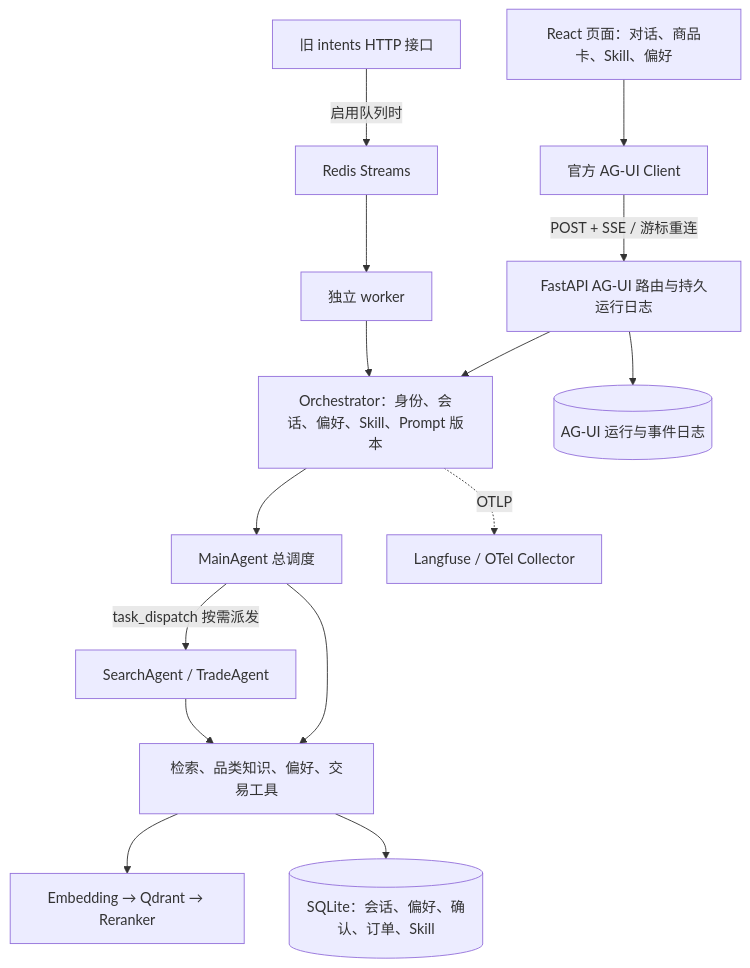
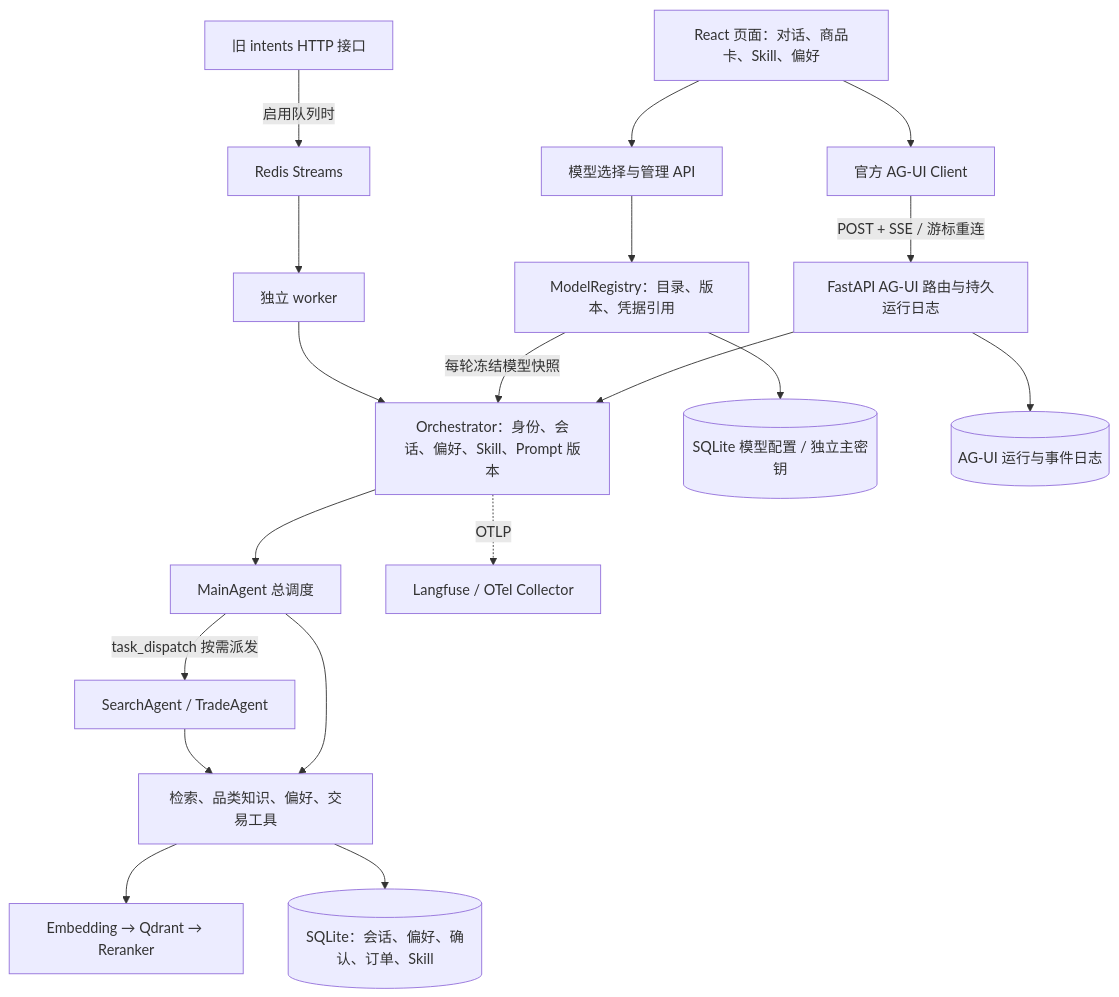
One commit to kkminions888-ops/globex_agent changed the diagram in README.md. Above: the diagram before and after it, drawn with Mermaid. The commit also changed other lines of this file and 68 other files, not shown here.

````diff
--- a/README.md
+++ b/README.md
@@ -117,17 +124,21 @@
 ```mermaid
 flowchart TD
     UI[React 页面：对话、商品卡、Skill、偏好] --> Client[官方 AG-UI Client]
     Client -->|POST + SSE / 游标重连| API[FastAPI AG-UI 路由与持久运行日志]
     API --> Orchestrator[Orchestrator：身份、会话、偏好、Skill、Prompt 版本]
     Orchestrator --> Main[MainAgent 总调度]
+    UI --> Models[模型选择与管理 API]
+    Models --> Registry[ModelRegistry：目录、版本、凭据引用]
+    Registry --> ModelDB[(SQLite 模型配置 / 独立主密钥)]
+    Registry -->|每轮冻结模型快照| Orchestrator
     Main --> Tools[检索、品类知识、偏好、交易工具]
     Main -->|task_dispatch 按需派发| Sub[SearchAgent / TradeAgent]
     Sub --> Tools
     Tools --> Search[Embedding → Qdrant → Reranker]
     Tools --> DB[(SQLite：会话、偏好、确认、订单、Skill)]
     API --> Journal[(AG-UI 运行与事件日志)]
     Legacy[旧 intents HTTP 接口] -->|启用队列时| Redis[Redis Streams]
     Redis --> Worker[独立 worker]
     Worker --> Orchestrator
     Orchestrator -. OTLP .-> Trace[Langfuse / OTel Collector]
 ```
````
